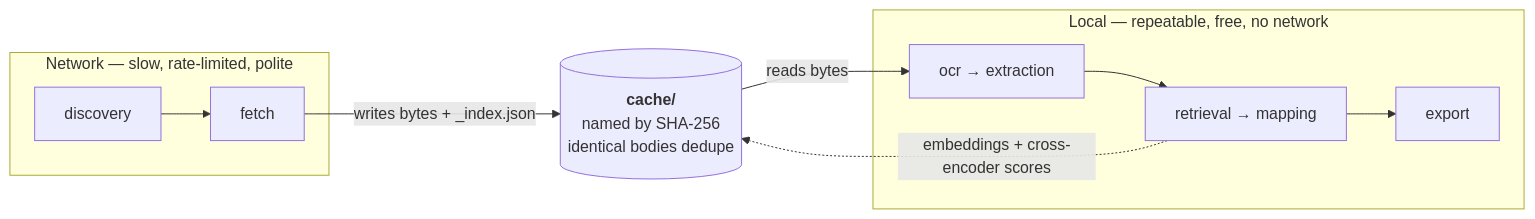
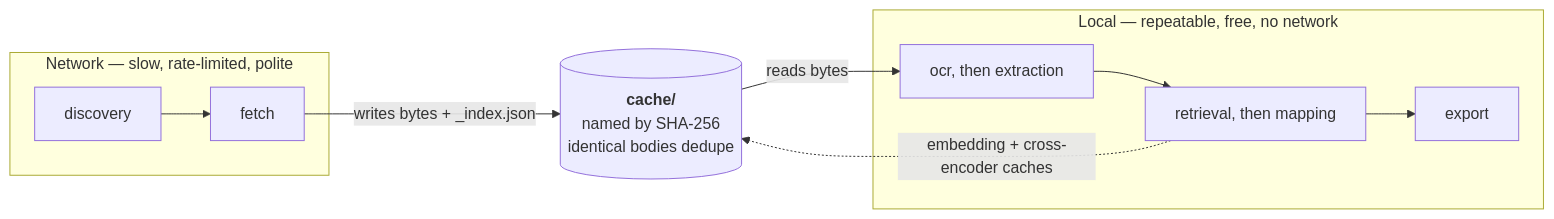
One commit to ftulabs/law-v2.0 changed the second of 5 diagrams in docs/ARCHITECTURE.md. Above: the diagram before and after it, drawn with Mermaid. The commit also changed other lines of this file and 1 other file, not shown here.

First line of the commit message:
fix(docs): restore ARCHITECTURE.md, which the previous commit destroyed

````diff
--- a/docs/ARCHITECTURE.md
+++ b/docs/ARCHITECTURE.md
@@ -73,13 +77,13 @@
 ```mermaid
 flowchart LR
     subgraph NET["Network — slow, rate-limited, polite"]
         DISC["discovery"] --> FETCH["fetch"]
     end
     CACHE[("<b>cache/</b><br/>named by SHA-256<br/>identical bodies dedupe")]
     subgraph LOCAL["Local — repeatable, free, no network"]
-        READ["ocr → extraction"] --> MAP["retrieval → mapping"] --> EXP["export"]
+        READ["ocr, then extraction"] --> MAP["retrieval, then mapping"] --> EXP["export"]
     end
     FETCH -->|"writes bytes + _index.json"| CACHE
     CACHE -->|"reads bytes"| READ
-    MAP -.->|"embeddings + cross-encoder scores"| CACHE
+    MAP -.->|"embedding + cross-encoder caches"| CACHE
 ```
````
